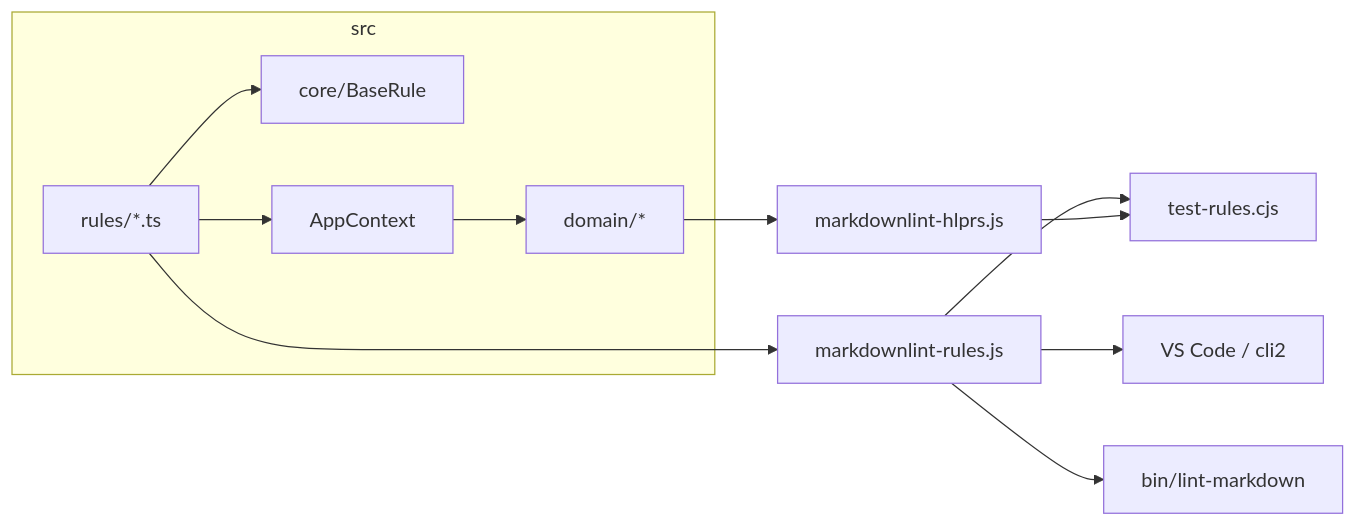
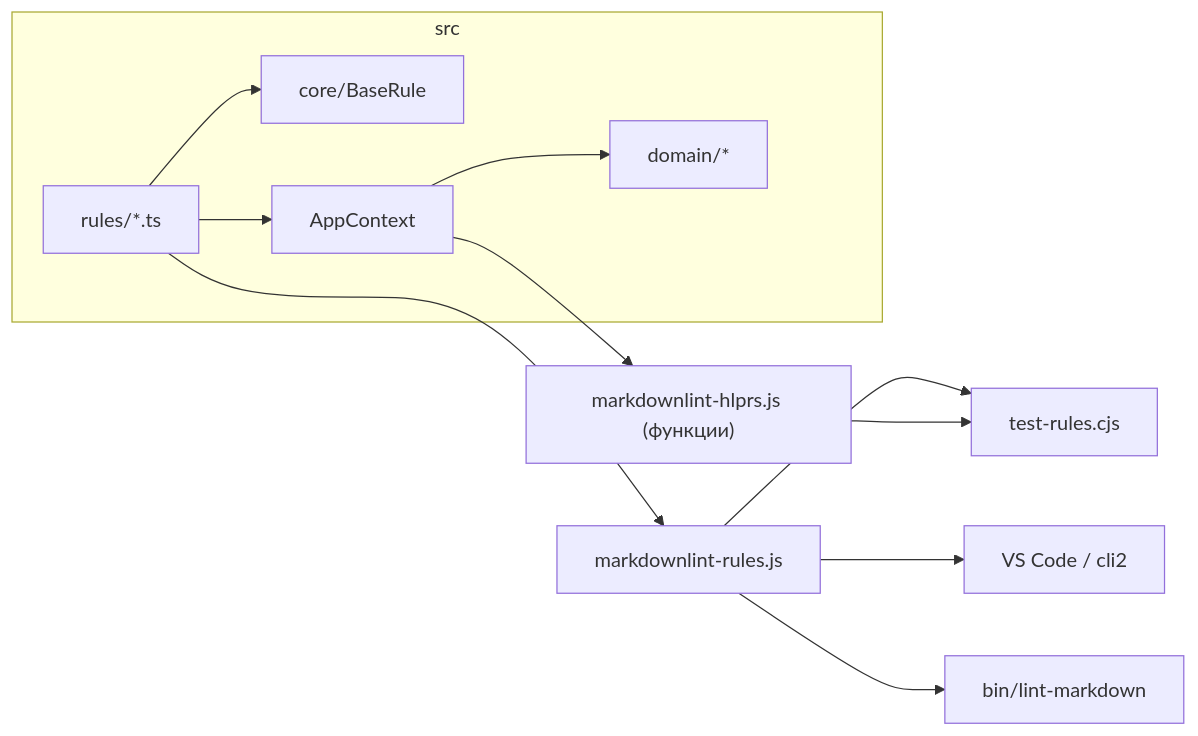
One commit to achieffment/markdownlint-custom changed the diagram in README.md. Above: the diagram before and after it, drawn with Mermaid. The commit also changed other lines of this file and 23 other files, not shown here.

````diff
--- a/README.md
+++ b/README.md
@@ -103,18 +92,18 @@
 ```mermaid
 flowchart LR
   subgraph srcLayer [src]
     Rules[rules/*.ts]
     Domain[domain/*]
     Core[core/BaseRule]
     AppCtx[AppContext]
   end
   Rules --> Core
   Rules --> AppCtx
   AppCtx --> Domain
   Rules --> RulesJs[markdownlint-rules.js]
-  Domain --> HlprsJs[markdownlint-hlprs.js]
+  AppCtx --> HlprsJs["markdownlint-hlprs.js (функции)"]
   RulesJs --> VSCode[VS Code / cli2]
   RulesJs --> Tests[test-rules.cjs]
   RulesJs --> CLI[bin/lint-markdown]
   HlprsJs --> Tests
 ```
````
